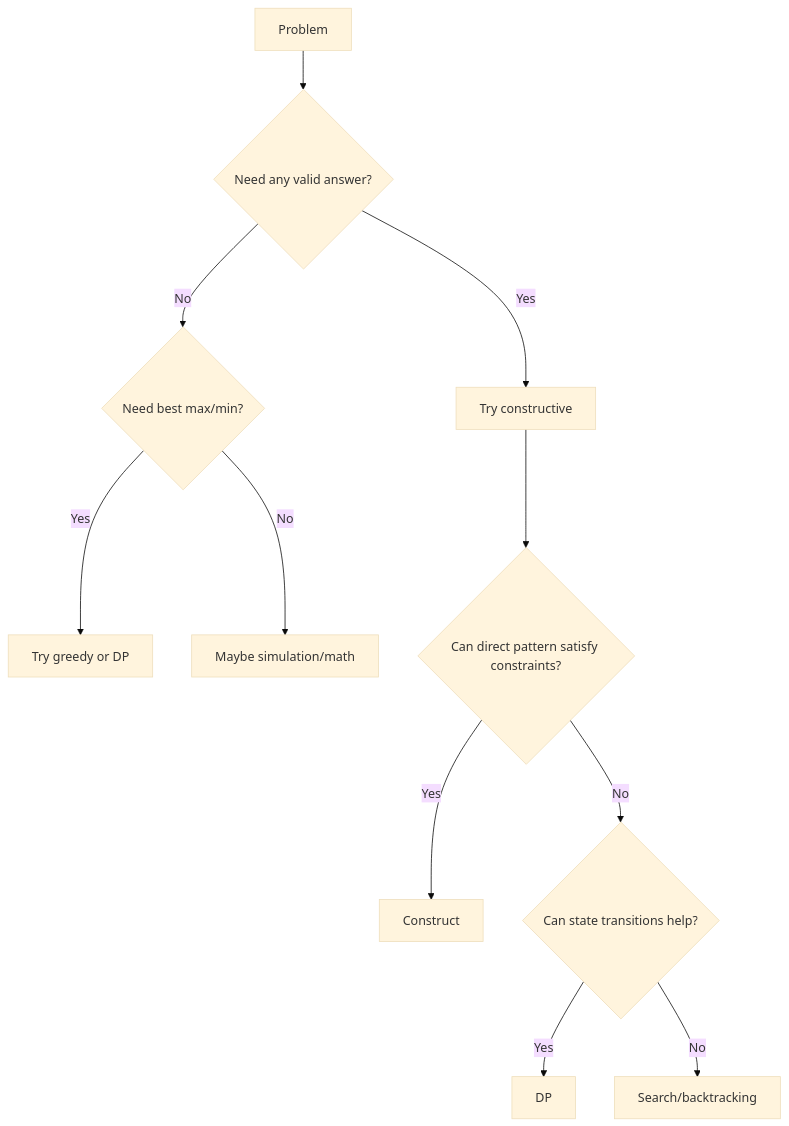
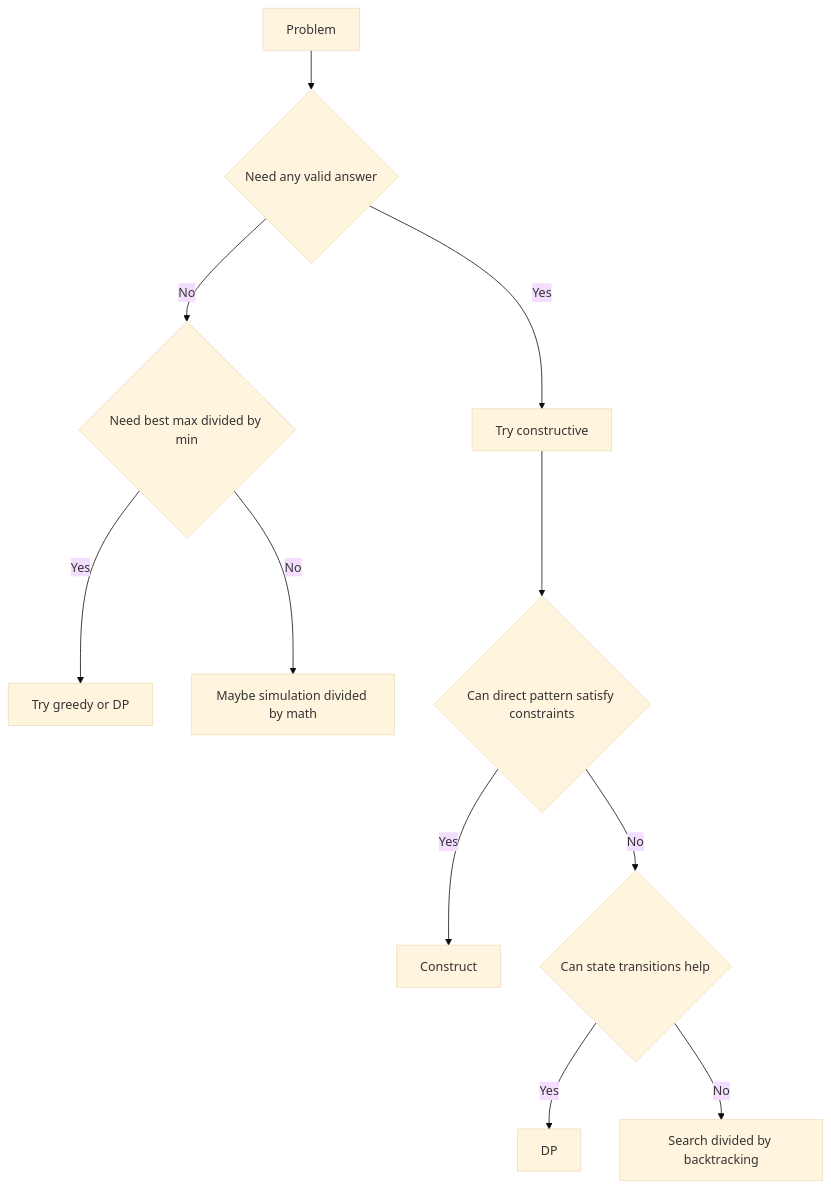
The fourth of 25 diagrams in CP_DSA_NOTES/002_CONCEPT_FRAMEWORK_FORMS_TATICS/011_CONTRUCTIVE_ALGORITHMS_CFFT.md (mthaiseer/springcloud-systemdesign-notes), drawn with Mermaid (base theme) before and after one commit. The commit also changed other lines of this file and 1 other file, not shown here.

````diff
--- a/CP_DSA_NOTES/002_CONCEPT_FRAMEWORK_FORMS_TATICS/011_CONTRUCTIVE_ALGORITHMS_CFFT.md
+++ b/CP_DSA_NOTES/002_CONCEPT_FRAMEWORK_FORMS_TATICS/011_CONTRUCTIVE_ALGORITHMS_CFFT.md
@@ -168,13 +163,13 @@
 ```mermaid
 flowchart TD
-    A[Problem] --> B{Need any valid answer?}
-    B -->|Yes| C[Try constructive]
-    B -->|No| D{Need best max/min?}
-    D -->|Yes| E[Try greedy or DP]
-    D -->|No| F[Maybe simulation/math]
-    C --> G{Can direct pattern satisfy constraints?}
-    G -->|Yes| H[Construct]
-    G -->|No| I{Can state transitions help?}
-    I -->|Yes| J[DP]
-    I -->|No| K[Search/backtracking]
+    A["Problem"] --> B{"Need any valid answer"}
+    B -->|Yes| C["Try constructive"]
+    B -->|No| D{"Need best max divided by min"}
+    D -->|Yes| E["Try greedy or DP"]
+    D -->|No| F["Maybe simulation divided by math"]
+    C --> G{"Can direct pattern satisfy constraints"}
+    G -->|Yes| H["Construct"]
+    G -->|No| I{"Can state transitions help"}
+    I -->|Yes| J["DP"]
+    I -->|No| K["Search divided by backtracking"]
 ```
````
